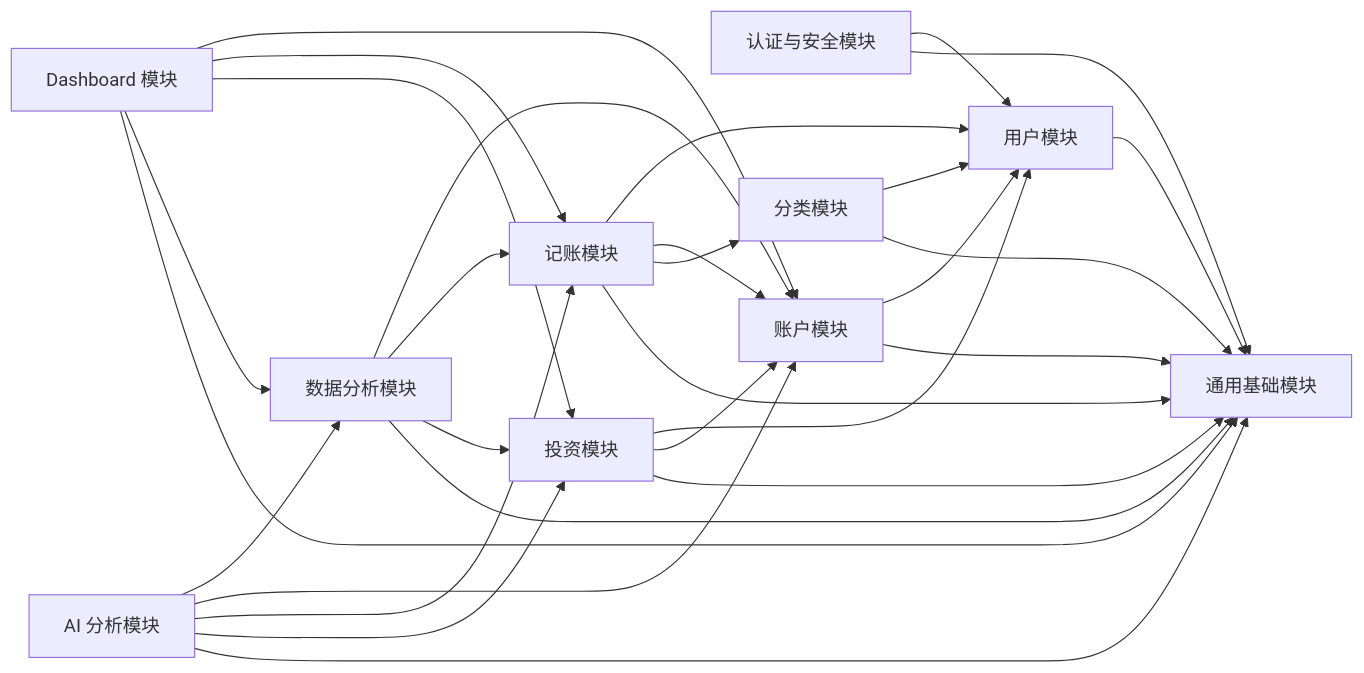
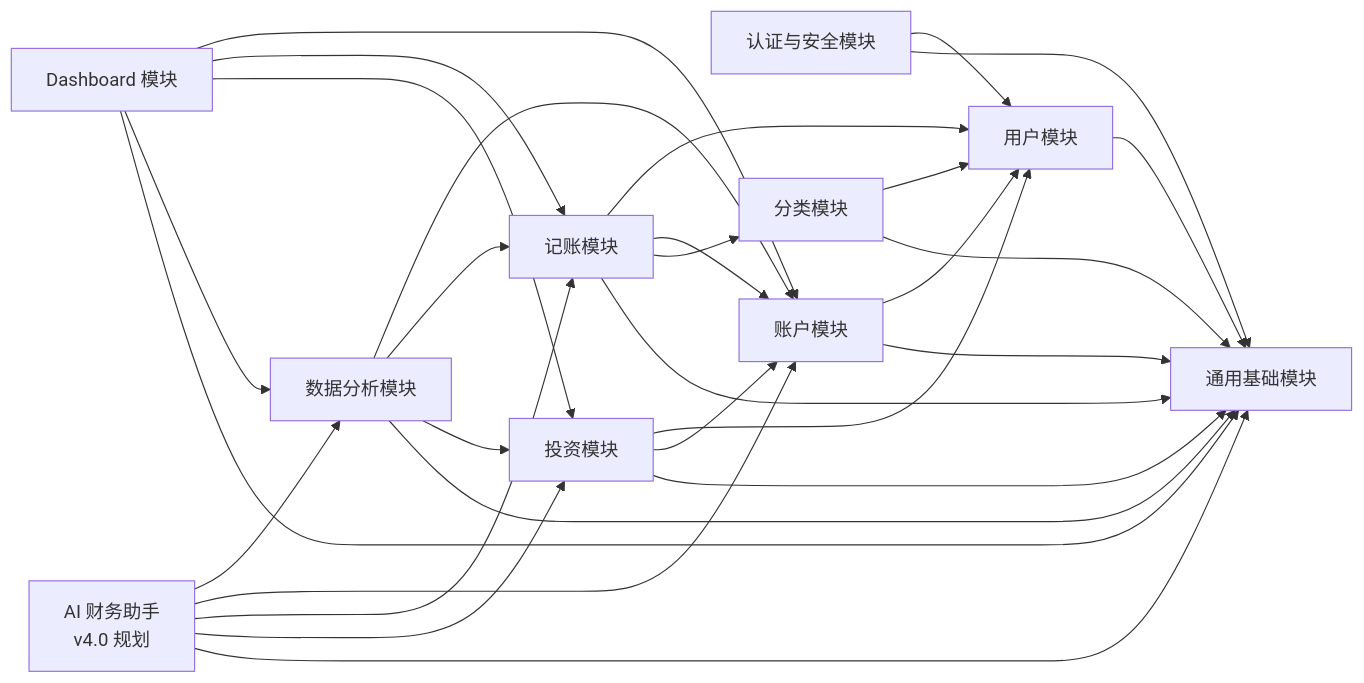
Before and after one commit to qianlixunbai/Personal-Finance-OS: the third of 3 diagrams in docs/03-Architecture/Architecture.md, drawn with Mermaid. The commit also changed other lines of this file and 8 other files, not shown here.

````diff
--- a/docs/03-Architecture/Architecture.md
+++ b/docs/03-Architecture/Architecture.md
@@ -654,48 +656,48 @@
 ```mermaid
 flowchart LR
     Common["通用基础模块"]
     Security["认证与安全模块"]
     User["用户模块"]
     Account["账户模块"]
     Category["分类模块"]
     Ledger["记账模块"]
     Portfolio["投资模块"]
     Dashboard["Dashboard 模块"]
     Analytics["数据分析模块"]
-    AI["AI 分析模块"]
+    AI["AI 财务助手<br/>v4.0 规划"]
 
     Security --> User
     Security --> Common
 
     User --> Common
     Account --> User
     Account --> Common
     Category --> User
     Category --> Common
 
     Ledger --> User
     Ledger --> Account
     Ledger --> Category
     Ledger --> Common
 
     Portfolio --> User
     Portfolio --> Account
     Portfolio --> Common
 
     Dashboard --> Account
     Dashboard --> Ledger
     Dashboard --> Portfolio
     Dashboard --> Analytics
     Dashboard --> Common
 
     Analytics --> Account
     Analytics --> Ledger
     Analytics --> Portfolio
     Analytics --> Common
 
     AI --> Analytics
     AI --> Account
     AI --> Ledger
     AI --> Portfolio
     AI --> Common
 ```
````
